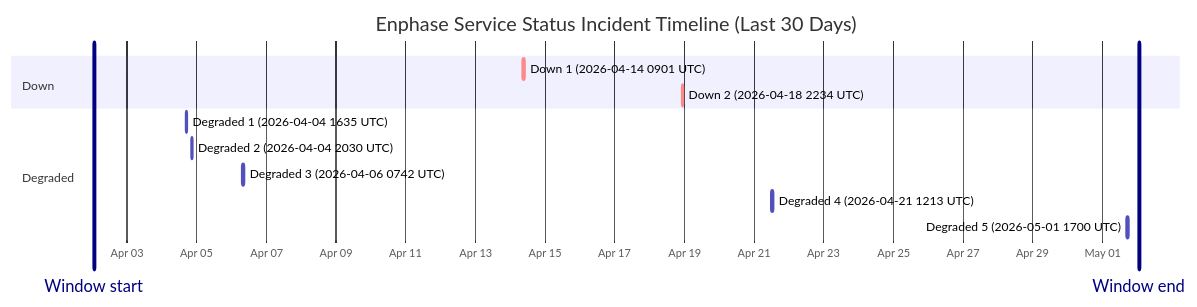
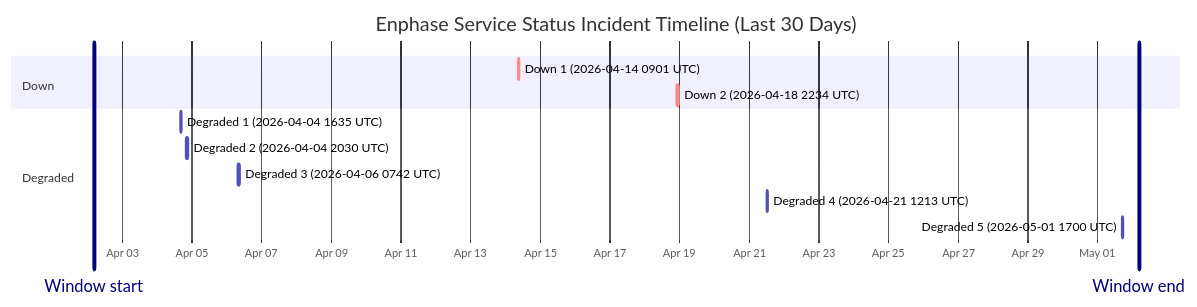
One commit to barneyonline/ha-enphase-ev-charger changed the diagram in wiki/Service-Status-History.md. Above: the diagram before and after it, drawn with Mermaid. The commit also changed other lines of this file and 3 other files, not shown here.

````diff
--- a/wiki/Service-Status-History.md
+++ b/wiki/Service-Status-History.md
@@ -14,17 +14,17 @@
 ```mermaid
 gantt
     title Enphase Service Status Incident Timeline (Last 30 Days)
     dateFormat  YYYY-MM-DDTHH:mm:ss
     axisFormat  %b %d
-    Window start :vert, window-start, 2026-04-02T01:10:54, 0ms
-    Window end :vert, window-end, 2026-05-02T01:10:54, 0ms
+    Window start :vert, window-start, 2026-04-02T04:39:43, 0ms
+    Window end :vert, window-end, 2026-05-02T04:39:43, 0ms
     section Down
     Down 1 (2026-04-14 0901 UTC) :crit, down-1, 2026-04-14T09:01:13, 60m
     Down 2 (2026-04-18 2234 UTC) :crit, down-2, 2026-04-18T22:34:13, 60m
     section Degraded
     Degraded 1 (2026-04-04 1635 UTC) :active, degraded-1, 2026-04-04T16:35:17, 60m
     Degraded 2 (2026-04-04 2030 UTC) :active, degraded-2, 2026-04-04T20:30:40, 60m
     Degraded 3 (2026-04-06 0742 UTC) :active, degraded-3, 2026-04-06T07:42:09, 85m
     Degraded 4 (2026-04-21 1213 UTC) :active, degraded-4, 2026-04-21T12:13:11, 60m
     Degraded 5 (2026-05-01 1700 UTC) :active, degraded-5, 2026-05-01T17:00:22, 60m
 ```
````
